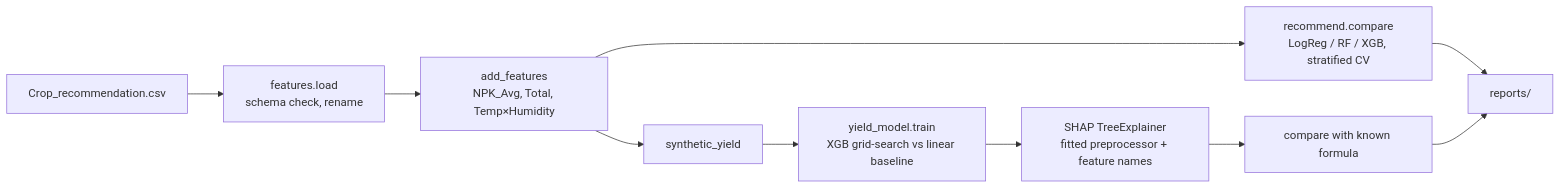
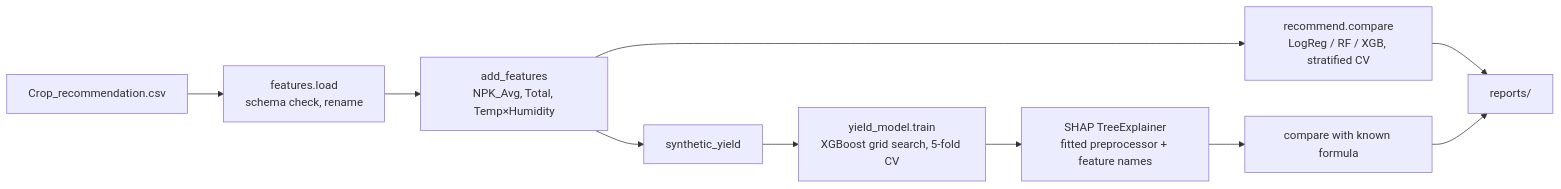
Before and after one commit to SASHI117/Crop_Prediction_Analysis: the diagram in README.md, drawn with Mermaid. The commit also changed other lines of this file and 6 other files, not shown here.

First line of the commit message:
Focus the yield model and README on validated results

````diff
--- a/README.md
+++ b/README.md
@@ -92,10 +71,10 @@
 ```mermaid
 flowchart LR
     A[Crop_recommendation.csv] --> B["features.load<br/>schema check, rename"]
     B --> C["add_features<br/>NPK_Avg, Total, Temp×Humidity"]
     C --> D["recommend.compare<br/>LogReg / RF / XGB, stratified CV"]
-    C --> E["synthetic_yield"] --> F["yield_model.train<br/>XGB grid-search vs linear baseline"]
+    C --> E["synthetic_yield"] --> F["yield_model.train<br/>XGBoost grid search, 5-fold CV"]
     F --> G["SHAP TreeExplainer<br/>fitted preprocessor + feature names"]
     G --> H["compare with known formula"]
     D & H --> R[reports/]
 ```
````
